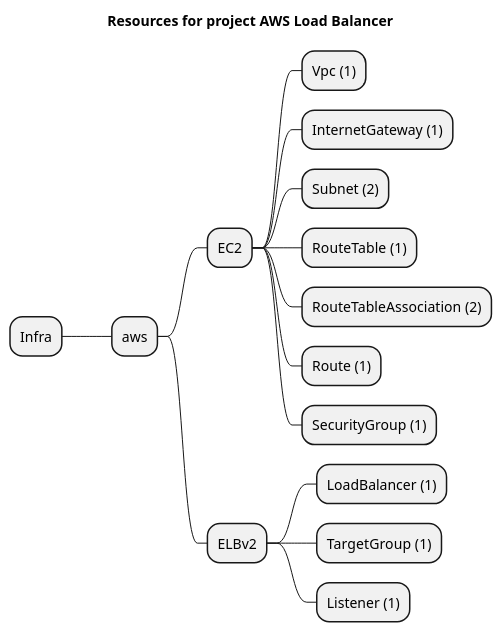
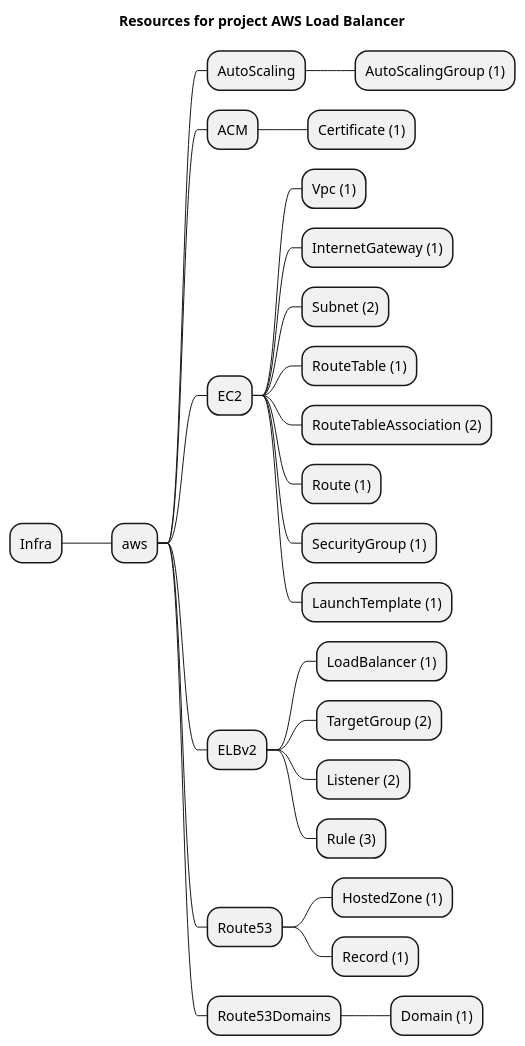
The diagram in examples/aws/ELBv2/load-balancer/artifacts/resources-mindmap.puml (grucloud/grucloud), drawn with PlantUML before and after one commit. The commit also changed 11 other files, not shown here.

```diff
--- a/examples/aws/ELBv2/load-balancer/artifacts/resources-mindmap.puml
+++ b/examples/aws/ELBv2/load-balancer/artifacts/resources-mindmap.puml
@@ -1,18 +1,29 @@
 @startmindmap
 title Resources for project AWS Load Balancer
 skinparam monochrome true
 + Infra
 ++ aws
++++ AutoScaling
+++++ AutoScalingGroup (1)
++++ ACM
+++++ Certificate (1)
 +++ EC2
 ++++ Vpc (1)
 ++++ InternetGateway (1)
 ++++ Subnet (2)
 ++++ RouteTable (1)
 ++++ RouteTableAssociation (2)
 ++++ Route (1)
 ++++ SecurityGroup (1)
+++++ LaunchTemplate (1)
 +++ ELBv2
 ++++ LoadBalancer (1)
-++++ TargetGroup (1)
-++++ Listener (1)
+++++ TargetGroup (2)
+++++ Listener (2)
+++++ Rule (3)
++++ Route53
+++++ HostedZone (1)
+++++ Record (1)
++++ Route53Domains
+++++ Domain (1)
 @endmindmap
```
